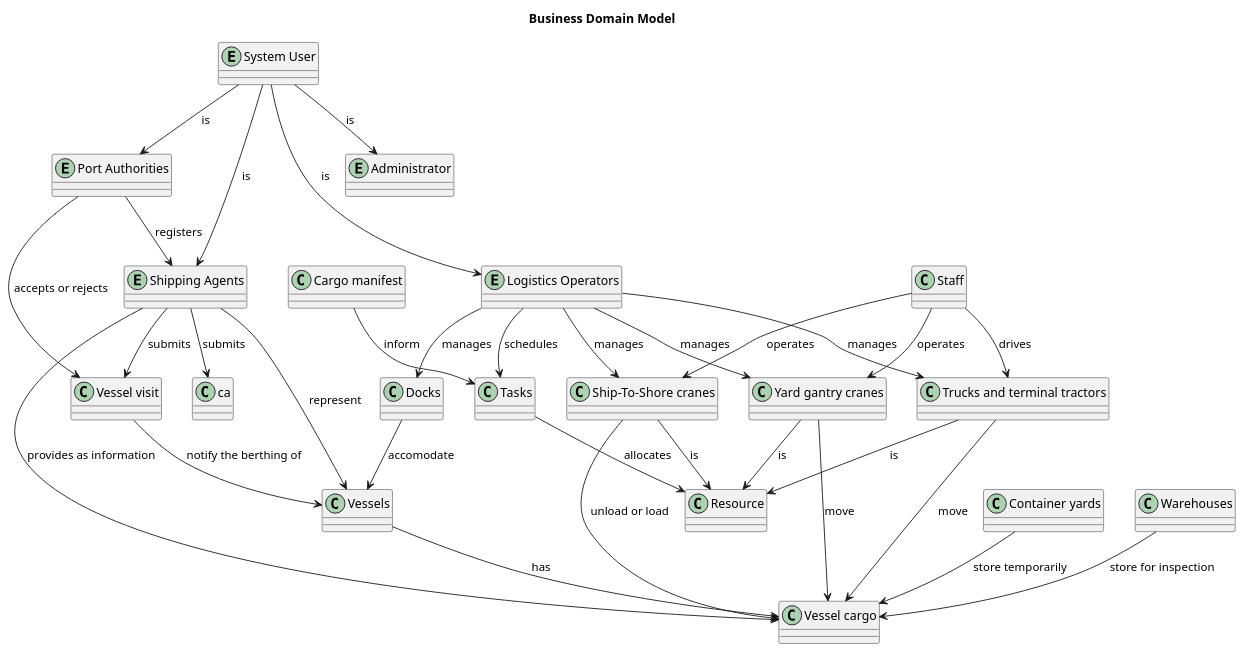
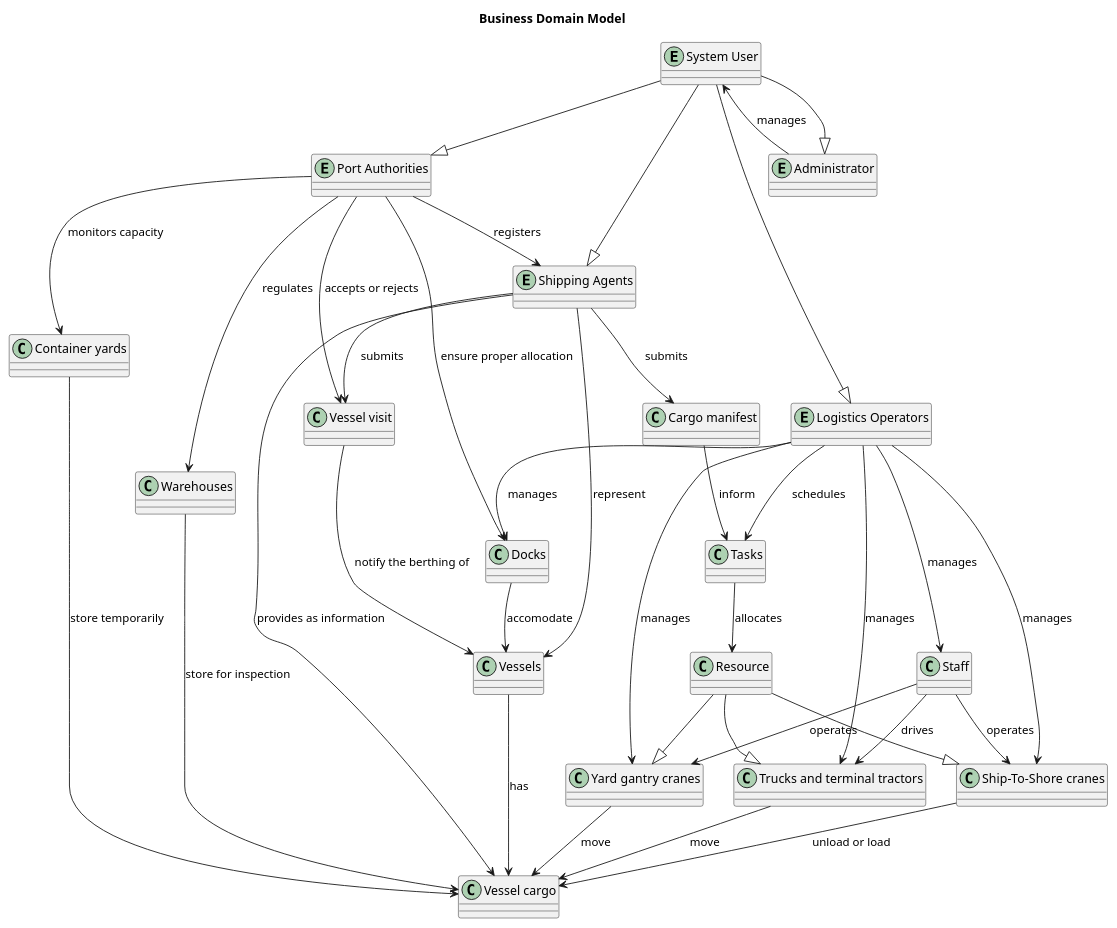
Before and after one commit to BernasDzn/portit: the diagram in docs/sprint_1/global_artifacts/domain/business_model.puml, drawn with PlantUML.

Commit message:
docs(business model): change relations with users and resources, added more necessary relations
Refs: #24

```diff
--- a/docs/sprint_1/global_artifacts/domain/business_model.puml
+++ b/docs/sprint_1/global_artifacts/domain/business_model.puml
@@ -1,68 +1,75 @@
 @startuml
 title Business Domain Model
 
 entity "System User" as user
 
 entity "Port Authorities" as PA
 entity "Shipping Agents" as SA
 entity "Logistics Operators" as LO
 entity "Administrator" as AD
 
 class "Staff" as staff
 
 class "Resource" as res
 
 class "Docks" as docks
 class "Ship-To-Shore cranes" as cranes
 class "Yard gantry cranes" as yg_cranes
 class "Trucks and terminal tractors" as trucks
 class "Container yards" as yards
 class "Warehouses" as warehouse
 
 class "Vessels" as vessels
 class "Vessel visit" as vessel_visit
 class "Vessel cargo" as vessel_cargo
 class "Cargo manifest" as cm
 
 class "Tasks" as tasks
 
-user --> PA : "is"
-user --> SA : "is"
-user --> LO : "is"
-user --> AD : "is"
+user --|> PA
+user --|> SA
+user --|> LO
+user --|> AD
+
+AD --> user : "manages"
 
 PA --> SA : "registers"
 PA --> vessel_visit : "accepts or rejects"
+PA --> warehouse : "regulates"
+PA --> docks : "ensure proper allocation"
+PA --> yards : "monitors capacity"
 
 SA --> vessels : "represent"
 SA --> vessel_visit : "submits"
-SA --> ca : "submits"
+SA --> cm : "submits"
 SA --> vessel_cargo : "provides as information"
-LO --> tasks : "schedules"
+
 
 vessels --> vessel_cargo : "has"
 vessel_visit --> vessels : "notify the berthing of"
 cranes --> vessel_cargo : "unload or load"
 docks --> vessels : "accomodate"
 trucks --> vessel_cargo : "move"
 yg_cranes --> vessel_cargo : "move"
 warehouse --> vessel_cargo : "store for inspection"
 yards --> vessel_cargo : "store temporarily"
 
-cranes --> res : "is"
-yg_cranes --> res : "is"
-trucks --> res : "is"
+res --|> cranes
+res --|> yg_cranes
+res --|> trucks
 
 staff --> cranes : "operates"
 staff --> yg_cranes : "operates"
 staff --> trucks : "drives"
 
+LO --> tasks : "schedules"
+LO ---> staff : "manages"
 LO --> docks : "manages"
 LO --> cranes : "manages"
 LO --> yg_cranes : "manages"
 LO --> trucks : "manages"
 
 cm --> tasks : "inform"
 tasks --> res : "allocates"
 
 @enduml
```
